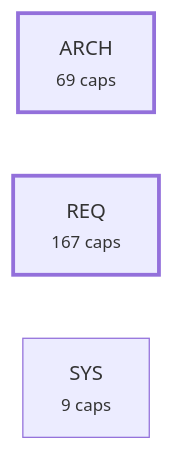
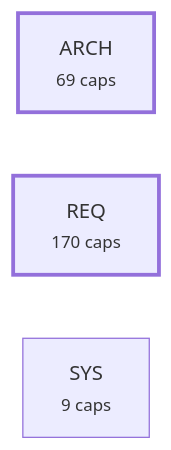
The fourth of 5 diagrams in plugin/requirements/_map.md (alxmax/Requirement-manager), drawn with Mermaid before and after one commit. The commit also changed other lines of this file and 25 other files, not shown here.

````diff
--- a/plugin/requirements/_map.md
+++ b/plugin/requirements/_map.md
@@ -968,8 +973,8 @@
 ```mermaid
 graph LR
   a_ARCH["ARCH<br><small>69 caps</small>"]
-  a_REQ["REQ<br><small>167 caps</small>"]
+  a_REQ["REQ<br><small>170 caps</small>"]
   a_SYS["SYS<br><small>9 caps</small>"]
   style a_ARCH stroke-width:3px
   style a_REQ stroke-width:3px
 ```
````
